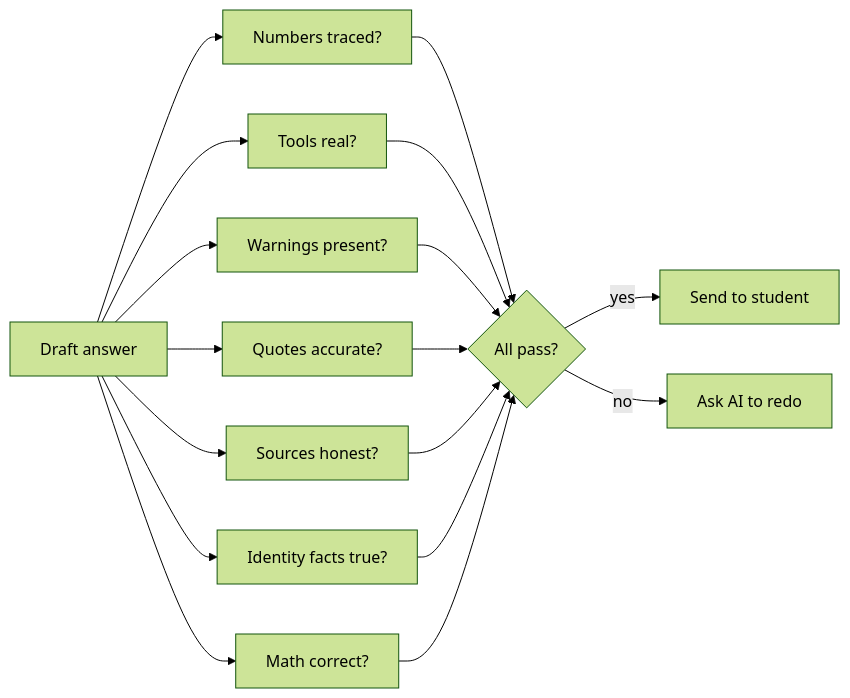
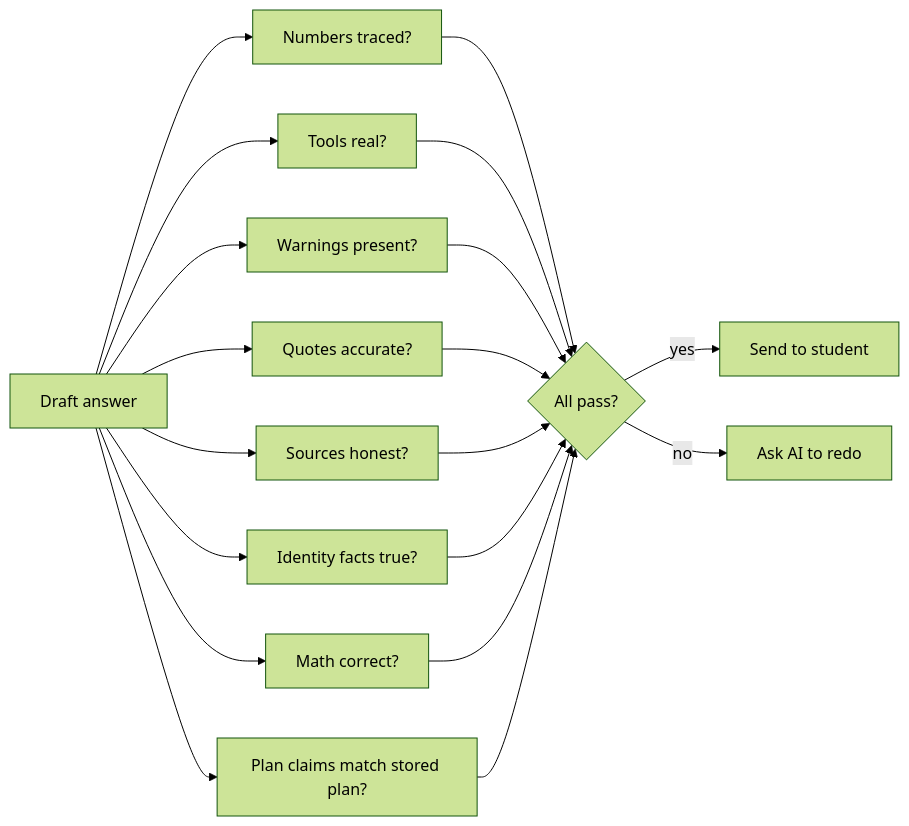
One commit to EdoardoMongardi/NYU_Path changed the first of 2 diagrams in Docs/current-system/engine/response-validator.md. Above: the diagram before and after it, drawn with Mermaid (forest theme). The commit also changed other lines of this file, not shown here.

First line of the commit message:
docs(current-system): document checkPlanClaims / ungrounded_plan_claim (D5.1)

````diff
--- a/Docs/current-system/engine/response-validator.md
+++ b/Docs/current-system/engine/response-validator.md
@@ -11,19 +11,21 @@
 ```mermaid
 flowchart LR
     Draft[Draft answer] --> C1[Numbers traced?]
     Draft --> C2[Tools real?]
     Draft --> C3[Warnings present?]
     Draft --> C4[Quotes accurate?]
     Draft --> C5[Sources honest?]
     Draft --> C6[Identity facts true?]
     Draft --> C7[Math correct?]
+    Draft --> C8[Plan claims match stored plan?]
     C1 --> Verdict{All pass?}
     C2 --> Verdict
     C3 --> Verdict
     C4 --> Verdict
     C5 --> Verdict
     C6 --> Verdict
     C7 --> Verdict
+    C8 --> Verdict
     Verdict -->|yes| Ship[Send to student]
     Verdict -->|no| Retry[Ask AI to redo]
 ```
````
